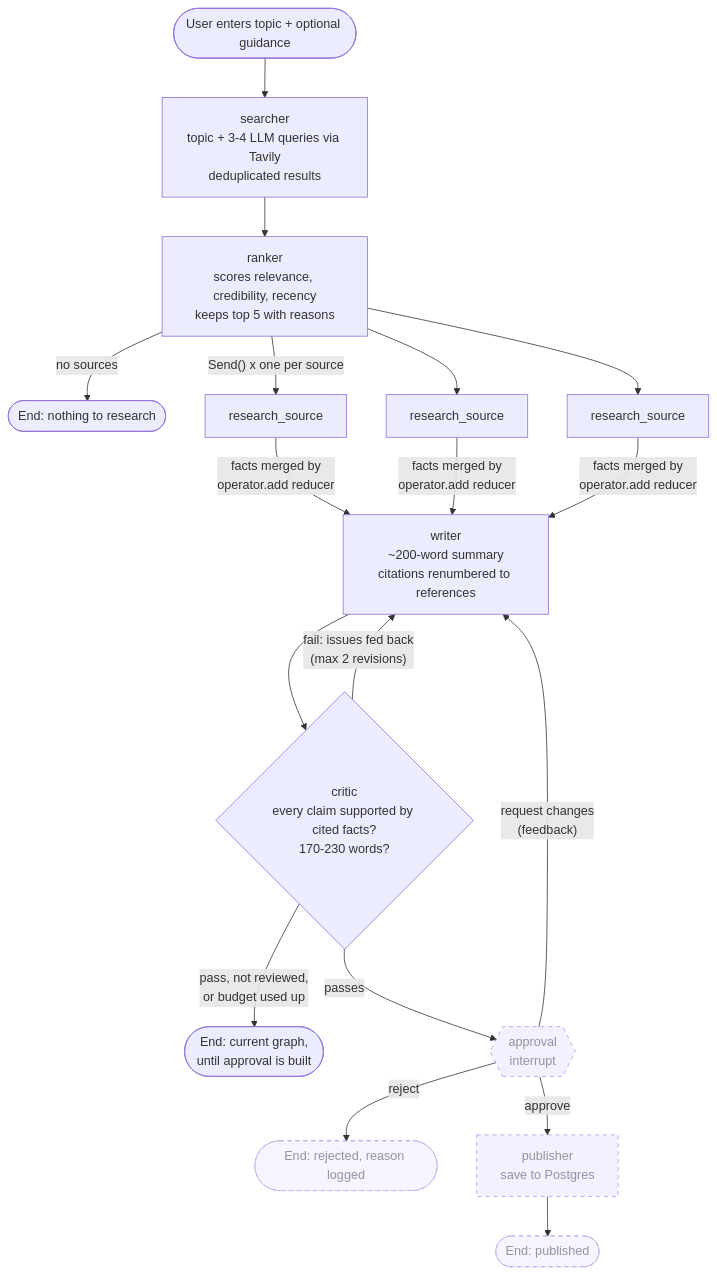
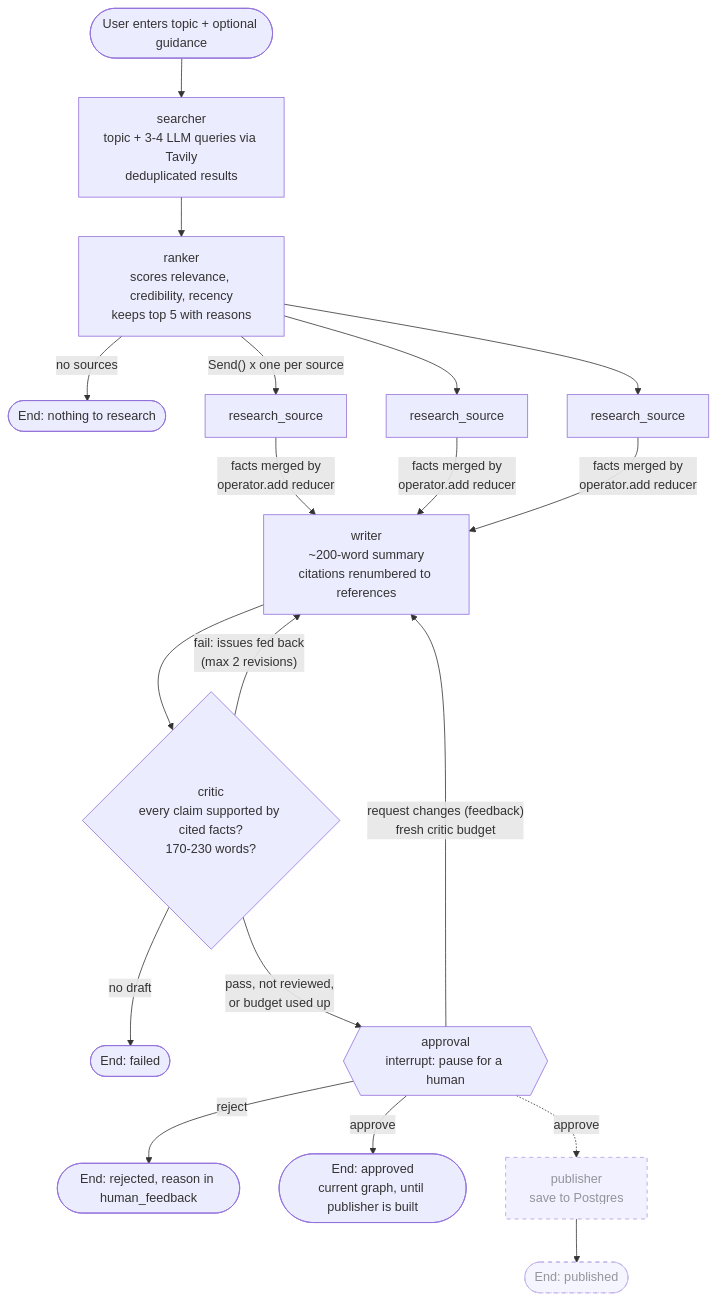
One commit to p-sharma/langgraph-content-pipeline changed the diagram in README.md. Above: the diagram before and after it, drawn with Mermaid. The commit also changed other lines of this file and 5 other files, not shown here.

First line of the commit message:
Add approval node with interrupt and resume

````diff
--- a/README.md
+++ b/README.md
@@ -19,21 +19,22 @@
 ```mermaid
 flowchart TD
     START([User enters topic + optional guidance]) --> SEARCH[searcher<br/>topic + 3-4 LLM queries via Tavily<br/>deduplicated results]
     SEARCH --> RANK[ranker<br/>scores relevance, credibility, recency<br/>keeps top 5 with reasons]
     RANK -- "no sources" --> NOSRC([End: nothing to research])
     RANK -- "Send() x one per source" --> R1[research_source]
     RANK --> R2[research_source]
     RANK --> R3[research_source]
     R1 & R2 & R3 -- "facts merged by<br/>operator.add reducer" --> WRITE[writer<br/>~200-word summary<br/>citations renumbered to references]
     WRITE --> CRITIC{critic<br/>every claim supported by cited facts?<br/>170-230 words?}
     CRITIC -- "fail: issues fed back<br/>(max 2 revisions)" --> WRITE
-    CRITIC -- "pass, not reviewed,<br/>or budget used up" --> NOW([End: current graph,<br/>until approval is built])
-    CRITIC -- passes --> APPROVAL{{approval<br/>interrupt}}
-    APPROVAL -- "request changes<br/>(feedback)" --> WRITE
-    APPROVAL -- reject --> REJECTED([End: rejected, reason logged])
-    APPROVAL -- approve --> PUBLISH[publisher<br/>save to Postgres]
+    CRITIC -- "no draft" --> FAILED([End: failed])
+    CRITIC -- "pass, not reviewed,<br/>or budget used up" --> APPROVAL{{approval<br/>interrupt: pause for a human}}
+    APPROVAL -- "request changes (feedback)<br/>fresh critic budget" --> WRITE
+    APPROVAL -- reject --> REJECTED([End: rejected, reason in human_feedback])
+    APPROVAL -- "approve" --> APPROVED([End: approved<br/>current graph, until publisher is built])
+    APPROVAL -. approve .-> PUBLISH[publisher<br/>save to Postgres]
     PUBLISH --> DONE([End: published])
 
     classDef planned stroke-dasharray: 5 5,opacity:0.7
-    class APPROVAL,REJECTED,PUBLISH,DONE planned
+    class PUBLISH,DONE planned
 ```
````
